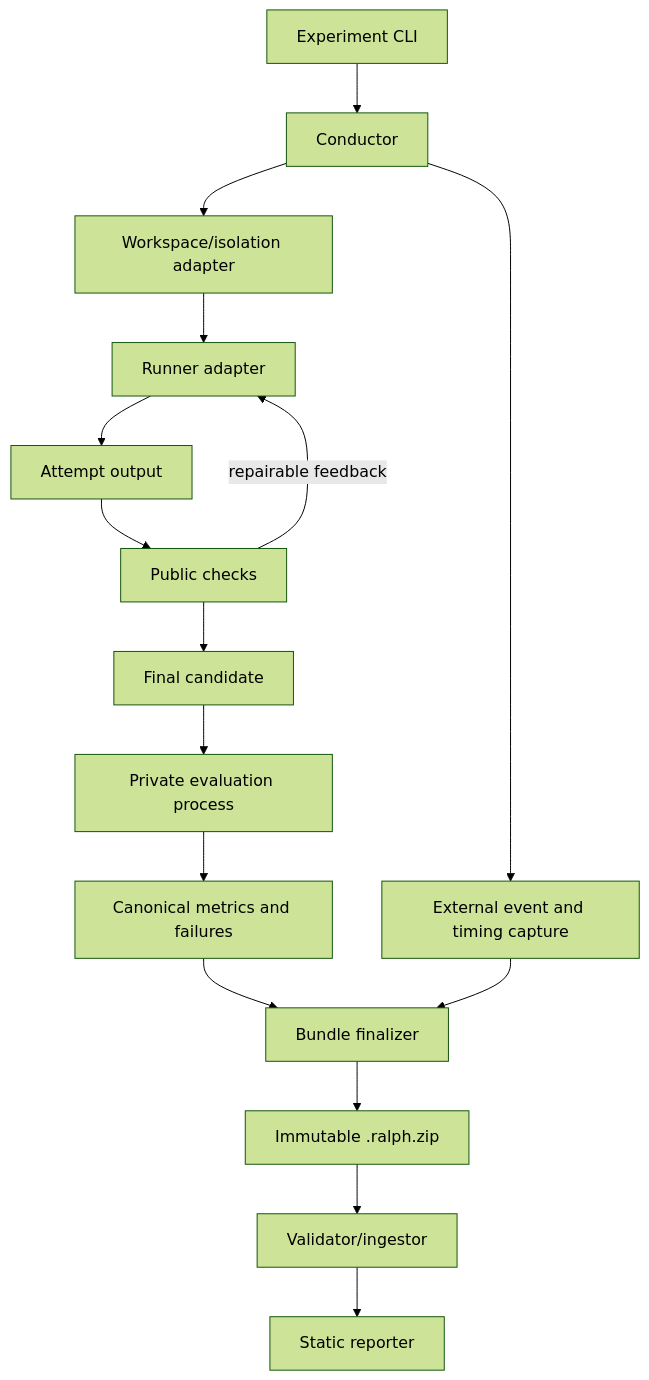
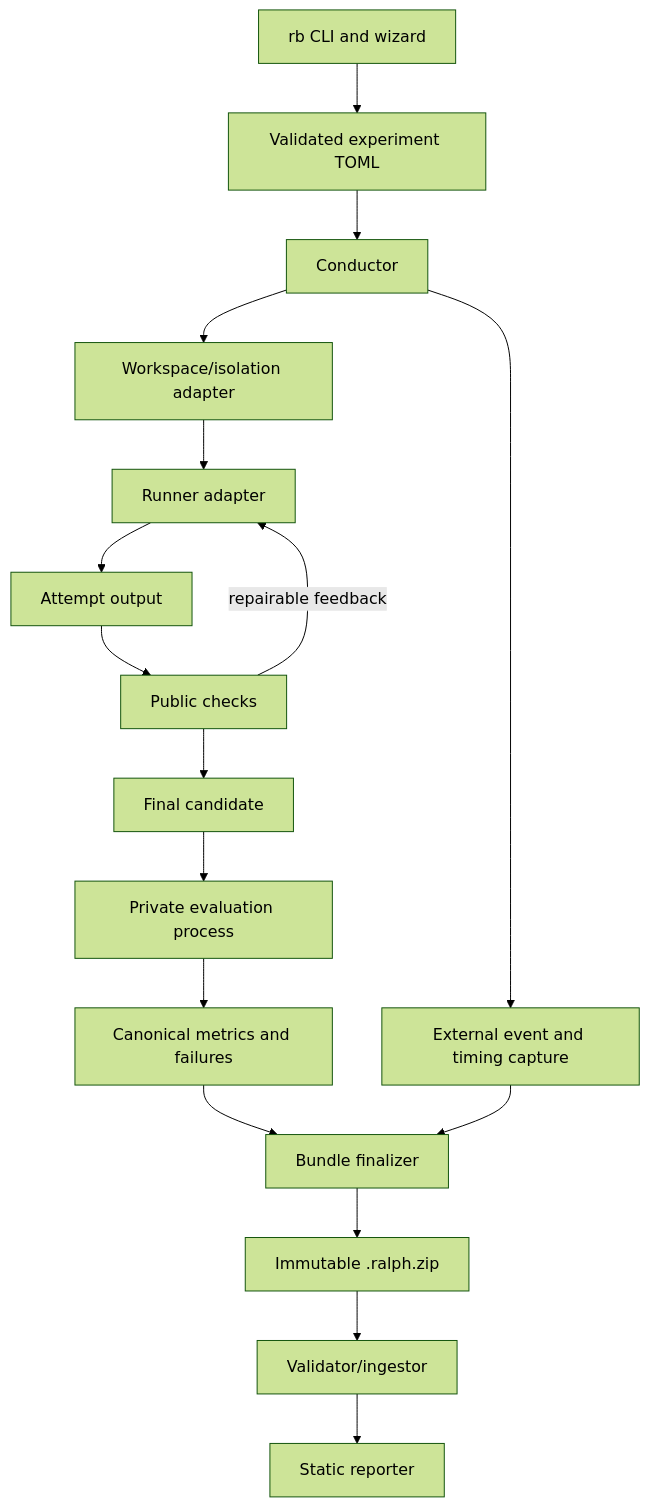
Before and after one commit to jeffgrover/ralph-bench: the diagram in docs/P0_PLAN.md, drawn with Mermaid (forest theme). The commit also changed other lines of this file and 10 other files, not shown here.

````diff
--- a/docs/P0_PLAN.md
+++ b/docs/P0_PLAN.md
@@ -138,18 +163,19 @@
 ```mermaid
 flowchart TB
-    CLI["Experiment CLI"] --> CON["Conductor"]
+    CLI["rb CLI and wizard"] --> EXP["Validated experiment TOML"]
+    EXP --> CON["Conductor"]
     CON --> ISO["Workspace/isolation adapter"]
     ISO --> RUN["Runner adapter"]
     RUN --> ATT["Attempt output"]
     ATT --> PUB["Public checks"]
     PUB -->|repairable feedback| RUN
     PUB --> FIN["Final candidate"]
     FIN --> PRIV["Private evaluation process"]
     PRIV --> MET["Canonical metrics and failures"]
     CON --> EVT["External event and timing capture"]
     MET --> BUN["Bundle finalizer"]
     EVT --> BUN
     BUN --> ZIP["Immutable .ralph.zip"]
     ZIP --> ING["Validator/ingestor"]
     ING --> SITE["Static reporter"]
 ```
````
